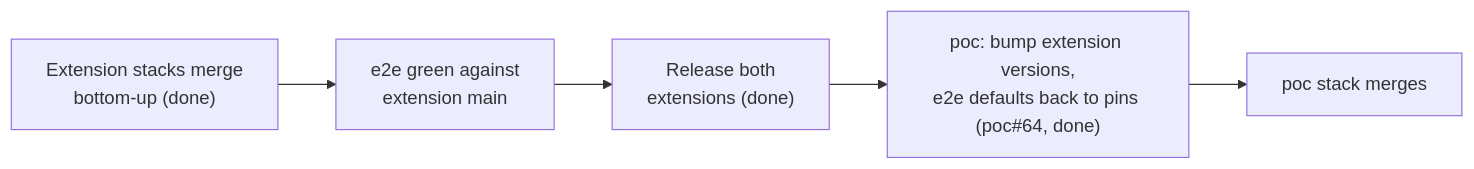
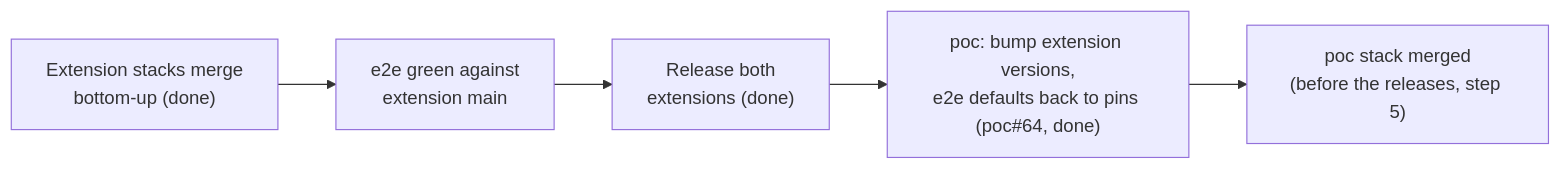
The diagram in docs/spec/traceability.md (OTelFeature/poc), drawn with Mermaid before and after one commit. The commit also changed other lines of this file and 5 other files, not shown here.

````diff
--- a/docs/spec/traceability.md
+++ b/docs/spec/traceability.md
@@ -257,7 +264,7 @@
 ```mermaid
 flowchart LR
     X["Extension stacks merge<br/>bottom-up (done)"] --> E["e2e green against<br/>extension main"]
     E --> R["Release both<br/>extensions (done)"]
     R --> B["poc: bump extension versions,<br/>e2e defaults back to pins (poc#64, done)"]
-    B --> P["poc stack merges"]
+    B --> P["poc stack merged<br/>(before the releases, step 5)"]
 ```
````
